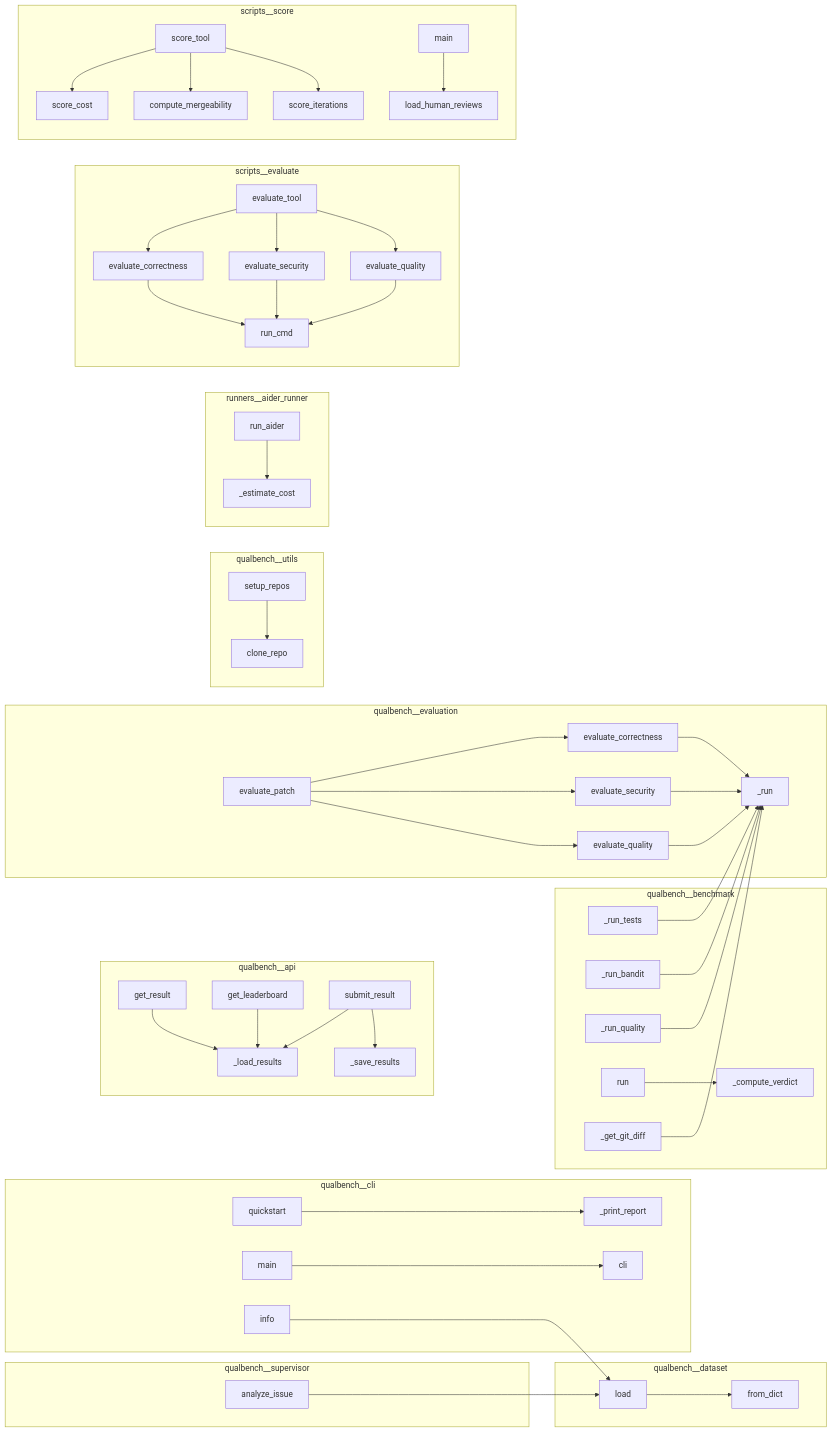
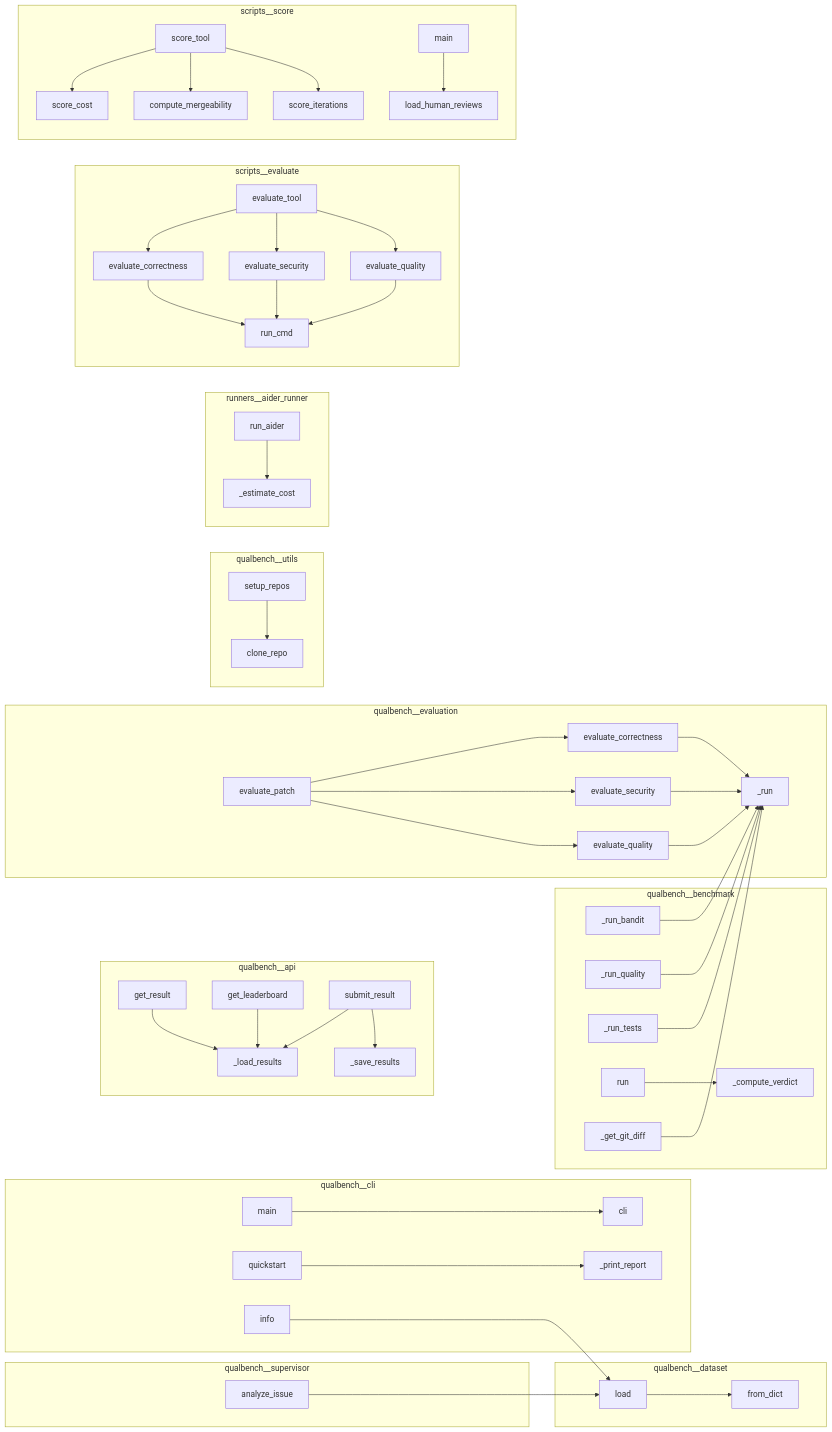
Before and after one commit to semcod/qualbench: the diagram in project/calls.mmd, drawn with Mermaid. The commit also changed other lines of this file and 9 other files, not shown here.

```diff
--- a/project/calls.mmd
+++ b/project/calls.mmd
@@ -1,92 +1,92 @@
 flowchart LR
     subgraph qualbench__api
         qualbench__api__get_result["get_result"]
         qualbench__api___save_results["_save_results"]
+        qualbench__api__submit_result["submit_result"]
         qualbench__api___load_results["_load_results"]
         qualbench__api__get_leaderboard["get_leaderboard"]
-        qualbench__api__submit_result["submit_result"]
     end
     subgraph qualbench__benchmark
-        qualbench__benchmark__QualBenchRunner___run_tests["_run_tests"]
         qualbench__benchmark__QualBenchRunner___run_bandit["_run_bandit"]
         qualbench__benchmark__QualBenchRunner___run_quality["_run_quality"]
+        qualbench__benchmark___compute_verdict["_compute_verdict"]
+        qualbench__benchmark__QualBenchRunner___run_tests["_run_tests"]
         qualbench__benchmark__QualBenchRunner__run["run"]
-        qualbench__benchmark___compute_verdict["_compute_verdict"]
         qualbench__benchmark__QualBenchRunner___get_git_diff["_get_git_diff"]
     end
     subgraph qualbench__cli
+        qualbench__cli__cli["cli"]
+        qualbench__cli__main["main"]
         qualbench__cli__quickstart["quickstart"]
-        qualbench__cli__main["main"]
+        qualbench__cli__info["info"]
         qualbench__cli___print_report["_print_report"]
-        qualbench__cli__cli["cli"]
-        qualbench__cli__info["info"]
     end
     subgraph qualbench__dataset
+        qualbench__dataset__Issue__from_dict["from_dict"]
         qualbench__dataset__Dataset__load["load"]
-        qualbench__dataset__Issue__from_dict["from_dict"]
     end
     subgraph qualbench__evaluation
+        qualbench__evaluation___run["_run"]
+        qualbench__evaluation__evaluate_security["evaluate_security"]
+        qualbench__evaluation__evaluate_quality["evaluate_quality"]
         qualbench__evaluation__evaluate_patch["evaluate_patch"]
-        qualbench__evaluation___run["_run"]
         qualbench__evaluation__evaluate_correctness["evaluate_correctness"]
-        qualbench__evaluation__evaluate_quality["evaluate_quality"]
-        qualbench__evaluation__evaluate_security["evaluate_security"]
     end
     subgraph qualbench__supervisor
         qualbench__supervisor__SupervisorAI__analyze_issue["analyze_issue"]
     end
     subgraph qualbench__utils
+        qualbench__utils__repos__clone_repo["clone_repo"]
         qualbench__utils__repos__setup_repos["setup_repos"]
-        qualbench__utils__repos__clone_repo["clone_repo"]
     end
     subgraph runners__aider_runner
+        runners__aider_runner__run_aider["run_aider"]
         runners__aider_runner___estimate_cost["_estimate_cost"]
-        runners__aider_runner__run_aider["run_aider"]
     end
     subgraph scripts__evaluate
+        scripts__evaluate__evaluate_tool["evaluate_tool"]
+        scripts__evaluate__evaluate_security["evaluate_security"]
+        scripts__evaluate__evaluate_correctness["evaluate_correctness"]
         scripts__evaluate__evaluate_quality["evaluate_quality"]
-        scripts__evaluate__evaluate_correctness["evaluate_correctness"]
         scripts__evaluate__run_cmd["run_cmd"]
-        scripts__evaluate__evaluate_security["evaluate_security"]
-        scripts__evaluate__evaluate_tool["evaluate_tool"]
     end
     subgraph scripts__score
         scripts__score__score_cost["score_cost"]
-        scripts__score__score_tool["score_tool"]
         scripts__score__compute_mergeability["compute_mergeability"]
-        scripts__score__score_iterations["score_iterations"]
         scripts__score__main["main"]
         scripts__score__load_human_reviews["load_human_reviews"]
+        scripts__score__score_iterations["score_iterations"]
+        scripts__score__score_tool["score_tool"]
     end
     qualbench__cli__quickstart --> qualbench__cli___print_report
     qualbench__cli__info --> qualbench__dataset__Dataset__load
     qualbench__cli__main --> qualbench__cli__cli
     qualbench__supervisor__SupervisorAI__analyze_issue --> qualbench__dataset__Dataset__load
-    qualbench__dataset__Dataset__load --> qualbench__dataset__Issue__from_dict
     qualbench__utils__repos__setup_repos --> qualbench__utils__repos__clone_repo
     qualbench__evaluation__evaluate_correctness --> qualbench__evaluation___run
     qualbench__evaluation__evaluate_security --> qualbench__evaluation___run
     qualbench__evaluation__evaluate_quality --> qualbench__evaluation___run
     qualbench__evaluation__evaluate_patch --> qualbench__evaluation__evaluate_correctness
     qualbench__evaluation__evaluate_patch --> qualbench__evaluation__evaluate_security
     qualbench__evaluation__evaluate_patch --> qualbench__evaluation__evaluate_quality
+    qualbench__dataset__Dataset__load --> qualbench__dataset__Issue__from_dict
     scripts__evaluate__evaluate_correctness --> scripts__evaluate__run_cmd
     scripts__evaluate__evaluate_security --> scripts__evaluate__run_cmd
     scripts__evaluate__evaluate_quality --> scripts__evaluate__run_cmd
     scripts__evaluate__evaluate_tool --> scripts__evaluate__evaluate_correctness
     scripts__evaluate__evaluate_tool --> scripts__evaluate__evaluate_security
     scripts__evaluate__evaluate_tool --> scripts__evaluate__evaluate_quality
     scripts__score__score_tool --> scripts__score__compute_mergeability
     scripts__score__score_tool --> scripts__score__score_iterations
     scripts__score__score_tool --> scripts__score__score_cost
     scripts__score__main --> scripts__score__load_human_reviews
     runners__aider_runner__run_aider --> runners__aider_runner___estimate_cost
     qualbench__benchmark__QualBenchRunner__run --> qualbench__benchmark___compute_verdict
     qualbench__benchmark__QualBenchRunner___get_git_diff --> qualbench__evaluation___run
     qualbench__benchmark__QualBenchRunner___run_tests --> qualbench__evaluation___run
     qualbench__benchmark__QualBenchRunner___run_bandit --> qualbench__evaluation___run
     qualbench__benchmark__QualBenchRunner___run_quality --> qualbench__evaluation___run
     qualbench__api__submit_result --> qualbench__api___load_results
     qualbench__api__submit_result --> qualbench__api___save_results
     qualbench__api__get_leaderboard --> qualbench__api___load_results
     qualbench__api__get_result --> qualbench__api___load_results
```
